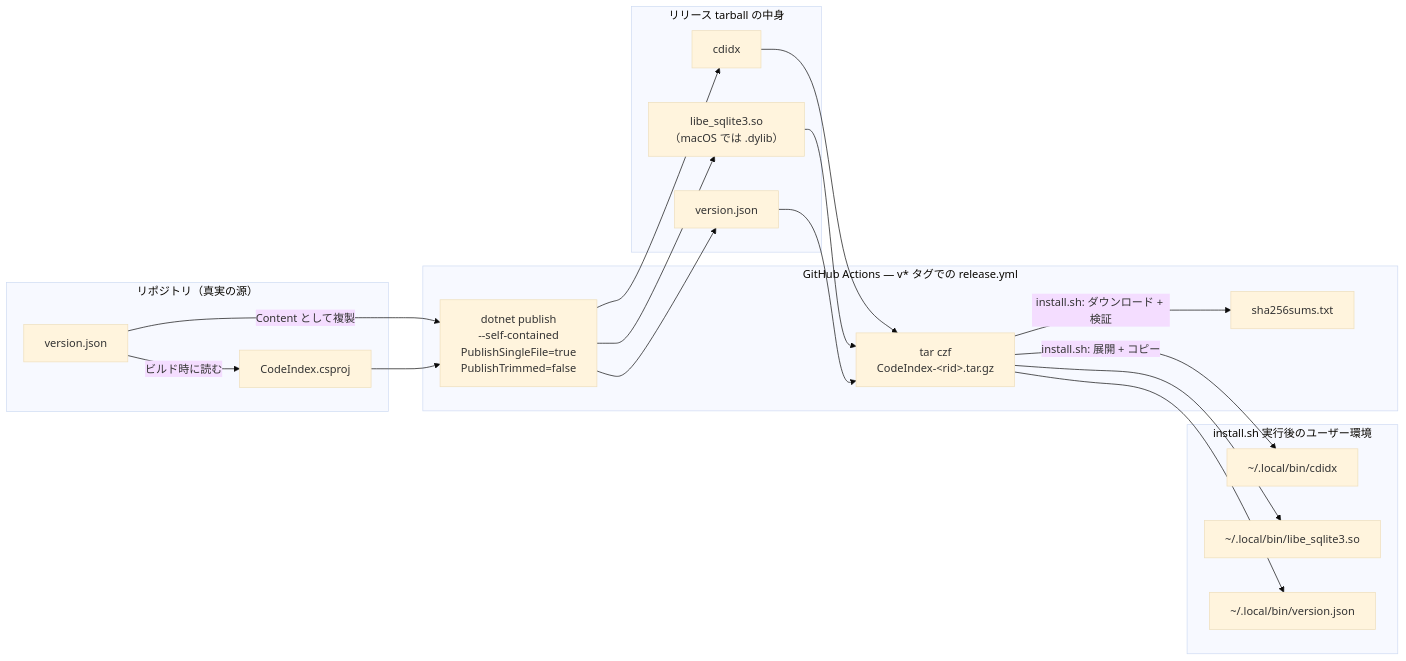
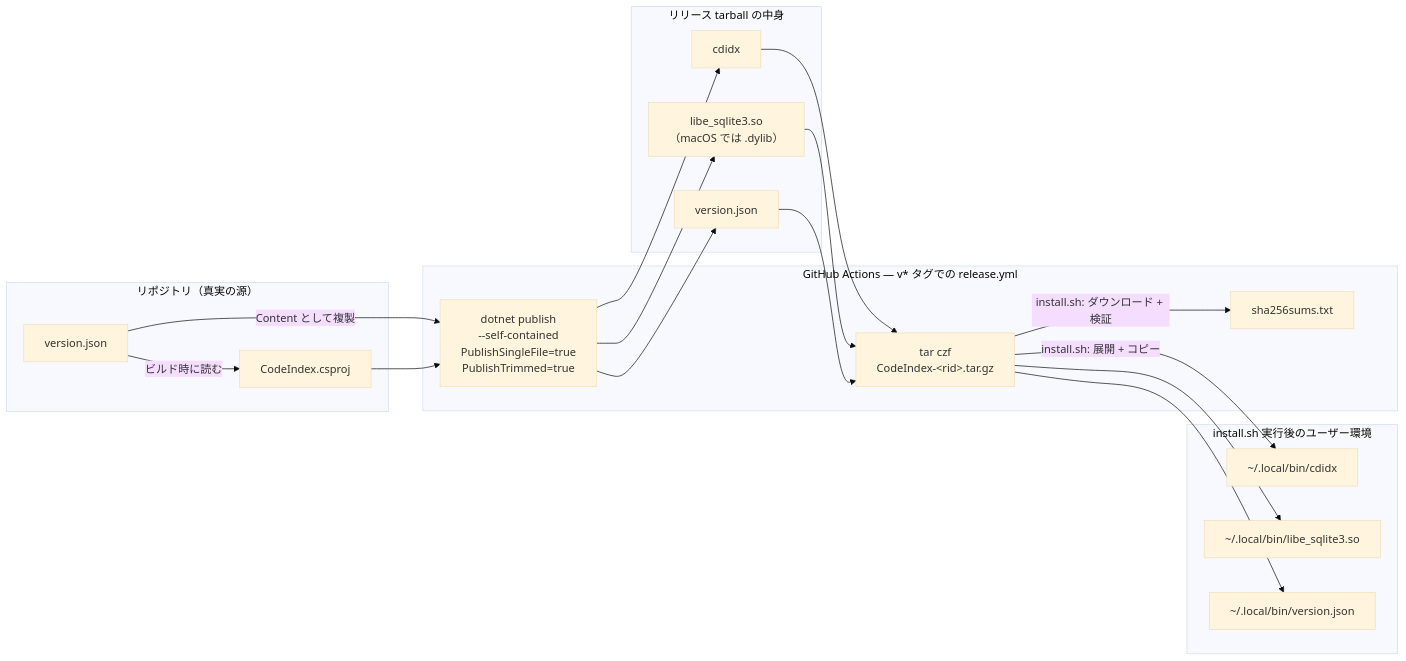
The eighth of 12 diagrams in DEVELOPER_GUIDE.md (braincominity/CodeIndex), drawn with Mermaid (base theme) before and after one commit. The commit also changed other lines of this file and 11 other files, not shown here.

````diff
--- a/DEVELOPER_GUIDE.md
+++ b/DEVELOPER_GUIDE.md
@@ -1918,35 +1918,35 @@
 ```mermaid
 flowchart LR
     subgraph Repo["リポジトリ（真実の源）"]
         V[version.json]
         C[CodeIndex.csproj]
     end
     subgraph CI["GitHub Actions — v* タグでの release.yml"]
-        P["dotnet publish<br/>--self-contained<br/>PublishSingleFile=true<br/>PublishTrimmed=false"]
+        P["dotnet publish<br/>--self-contained<br/>PublishSingleFile=true<br/>PublishTrimmed=true"]
         T["tar czf<br/>CodeIndex-&lt;rid&gt;.tar.gz"]
         H["sha256sums.txt"]
     end
     subgraph Tarball["リリース tarball の中身"]
         B[cdidx]
         L["libe_sqlite3.so<br/>（macOS では .dylib）"]
         J[version.json]
     end
     subgraph User["install.sh 実行後のユーザー環境"]
         UB["~/.local/bin/cdidx"]
         UL["~/.local/bin/libe_sqlite3.so"]
         UJ["~/.local/bin/version.json"]
     end
     V -->|ビルド時に読む| C
     V -->|Content として複製| P
     C --> P
     P --> B
     P --> L
     P --> J
     B --> T
     L --> T
     J --> T
     T -->|install.sh: ダウンロード + 検証| H
     T -->|install.sh: 展開 + コピー| UB
     T --> UL
     T --> UJ
 ```
````
